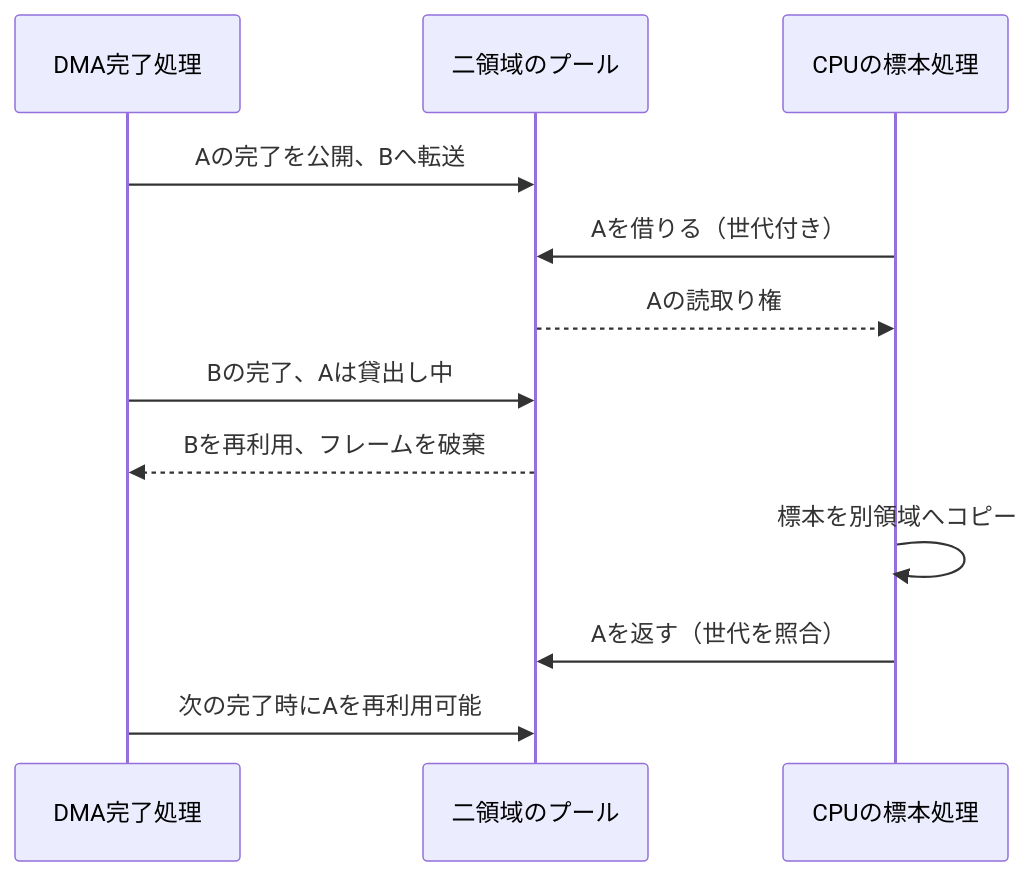
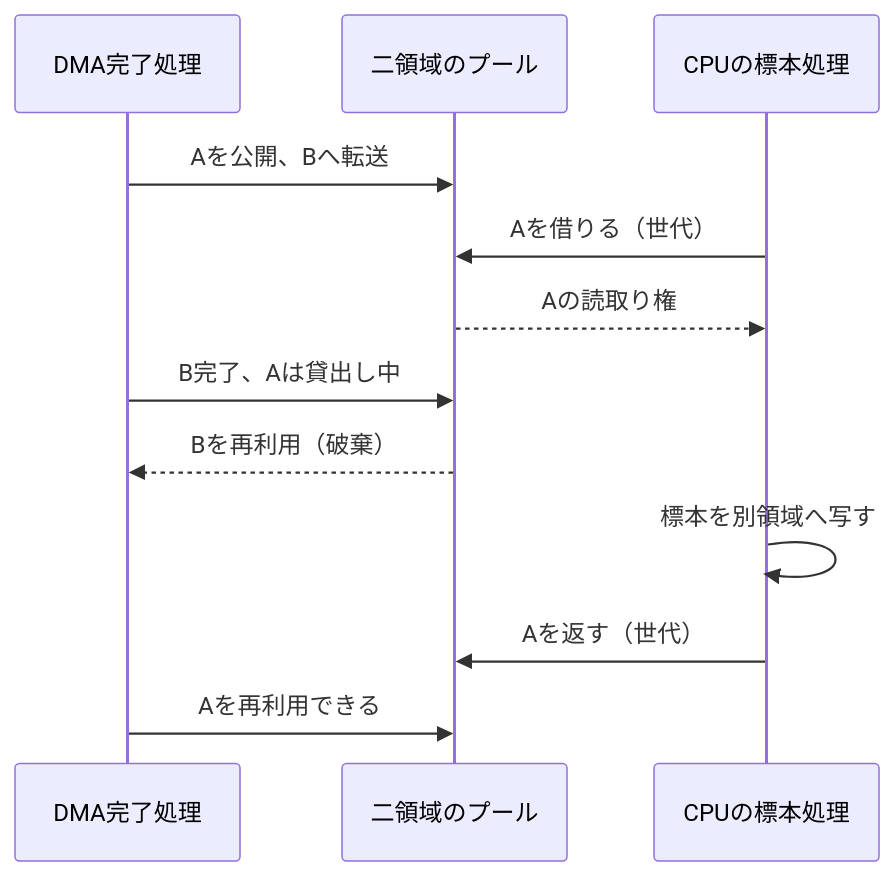
Before and after one commit to masanork/nihos: the diagram in docs/book/figures/camera-buffer-ownership.mmd, drawn with Mermaid. The commit also changed 5 other files, not shown here.

Commit message:
docs(book): tighten case-study diagrams and distinguish camera test paths

```diff
--- a/docs/book/figures/camera-buffer-ownership.mmd
+++ b/docs/book/figures/camera-buffer-ownership.mmd
@@ -1,14 +1,14 @@
 sequenceDiagram
     accTitle: 借り手が返すまで、撮影領域を上書きしない
     accDescr: CPUが完了した領域Aを借りる間、DMAはBを使い、返却がなければBを繰り返し使ってフレームを捨てる。世代付きの返却後にAを再利用できる。
     participant D as DMA完了処理
     participant P as 二領域のプール
     participant C as CPUの標本処理
-    D->>P: Aの完了を公開、Bへ転送
-    C->>P: Aを借りる（世代付き）
+    D->>P: Aを公開、Bへ転送
+    C->>P: Aを借りる（世代）
     P-->>C: Aの読取り権
-    D->>P: Bの完了、Aは貸出し中
-    P-->>D: Bを再利用、フレームを破棄
-    C->>C: 標本を別領域へコピー
-    C->>P: Aを返す（世代を照合）
-    D->>P: 次の完了時にAを再利用可能
+    D->>P: B完了、Aは貸出し中
+    P-->>D: Bを再利用（破棄）
+    C->>C: 標本を別領域へ写す
+    C->>P: Aを返す（世代）
+    D->>P: Aを再利用できる
```
